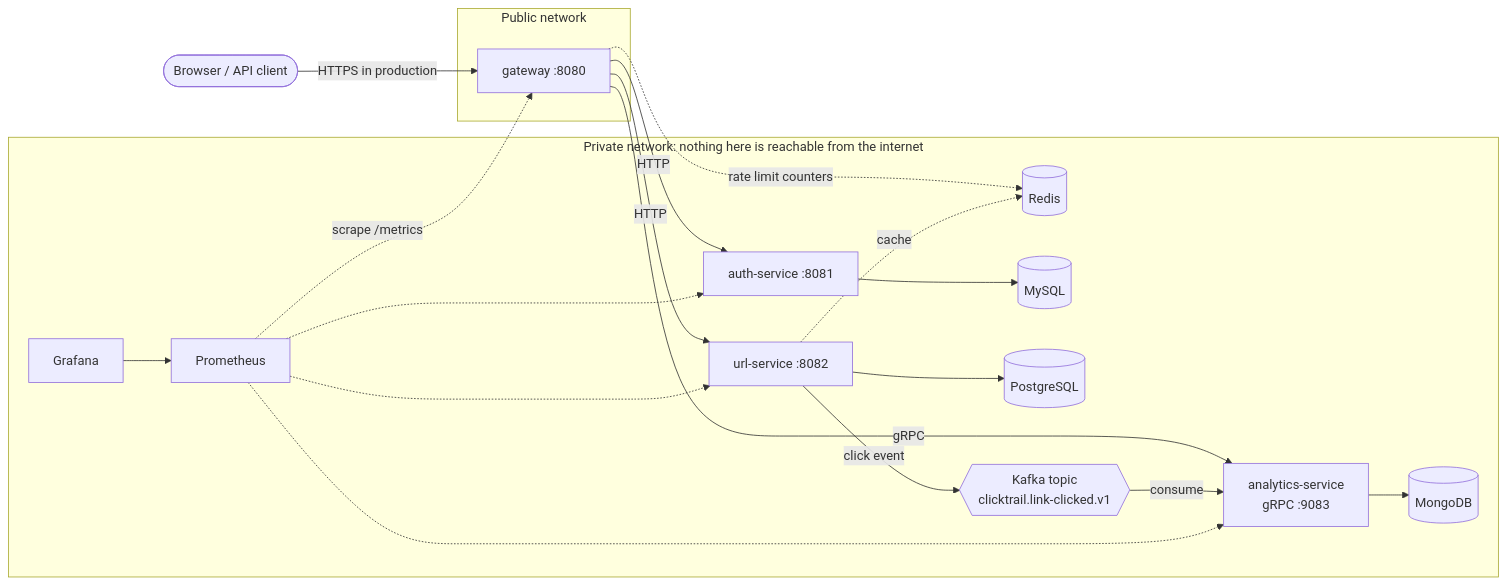
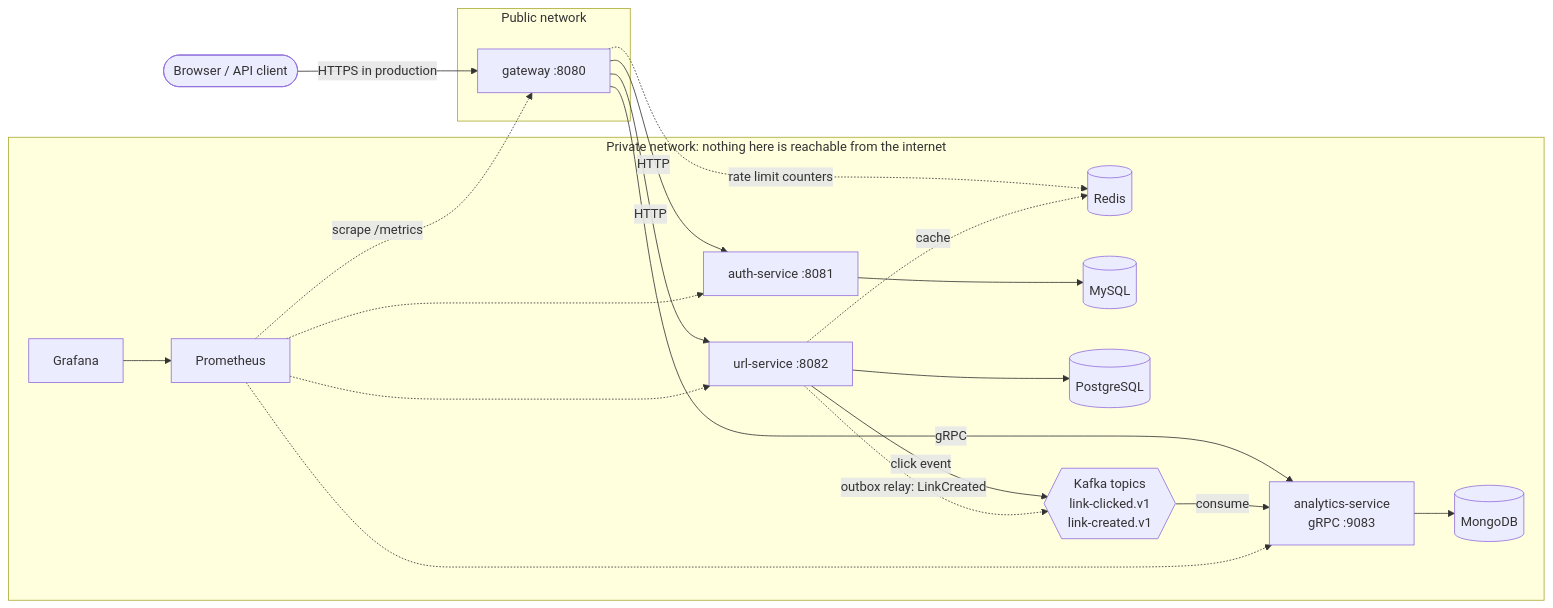
The diagram in docs/architecture.md (sunilvarmatongali/clicktrail-platform), drawn with Mermaid before and after one commit. The commit also changed other lines of this file and 7 other files, not shown here.

Commit message:
feat: outbox topic, dashboard panels and docs for the owner read model

````diff
--- a/docs/architecture.md
+++ b/docs/architecture.md
@@ -5,38 +5,39 @@
 ```mermaid
 flowchart LR
     client([Browser / API client])
 
     subgraph public[Public network]
         gateway[gateway :8080]
     end
 
     subgraph private[Private network: nothing here is reachable from the internet]
         auth[auth-service :8081]
         url[url-service :8082]
         analytics[analytics-service<br/>gRPC :9083]
         redis[(Redis)]
         mysql[(MySQL)]
         postgres[(PostgreSQL)]
         mongo[(MongoDB)]
-        kafka{{Kafka topic<br/>clicktrail.link-clicked.v1}}
+        kafka{{Kafka topics<br/>link-clicked.v1<br/>link-created.v1}}
         prom[Prometheus]
         graf[Grafana]
     end
 
     client -->|HTTPS in production| gateway
     gateway -->|HTTP| auth
     gateway -->|HTTP| url
     gateway -->|gRPC| analytics
     gateway -.->|rate limit counters| redis
     auth --> mysql
     url --> postgres
     url -.->|cache| redis
     url -->|click event| kafka
+    url -.->|outbox relay: LinkCreated| kafka
     kafka -->|consume| analytics
     analytics --> mongo
     prom -.->|scrape /metrics| gateway
     prom -.-> auth
     prom -.-> url
     prom -.-> analytics
     graf --> prom
 ```
````
